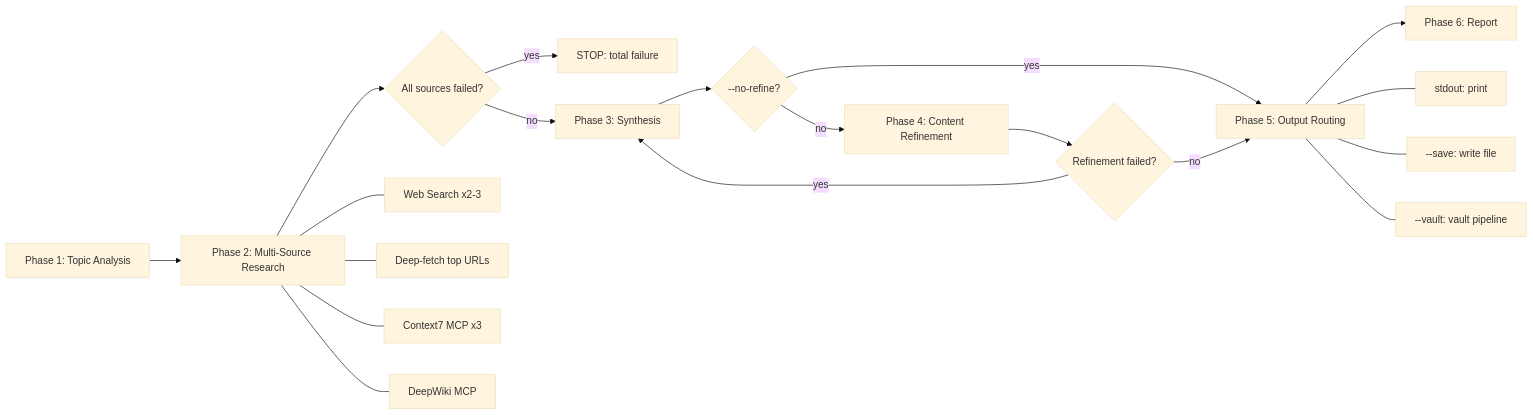
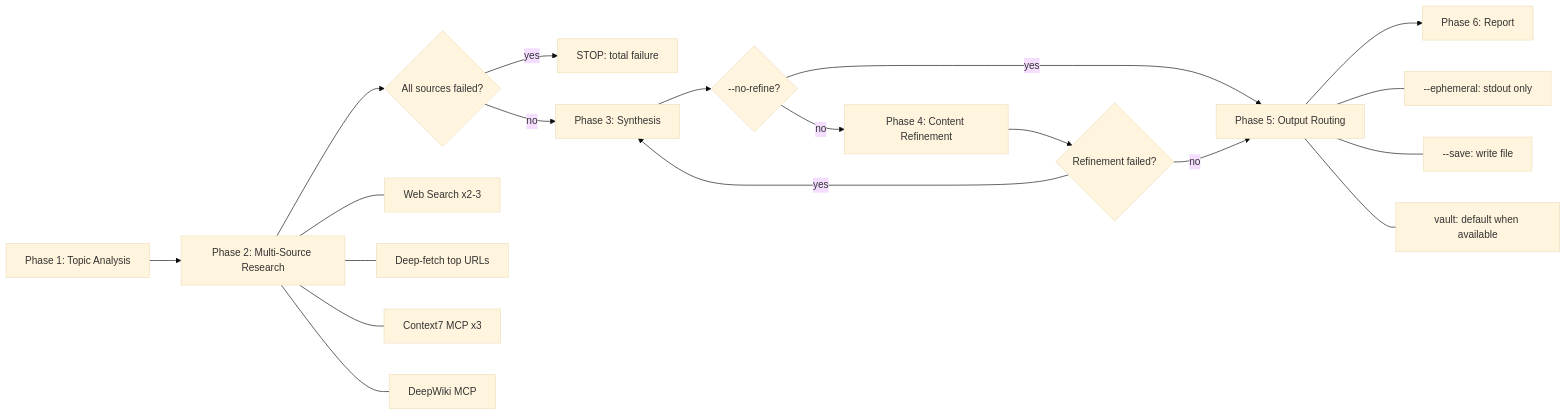
The diagram in skills/deep-research/SKILL.md (karlorz/agent-skills), drawn with Mermaid (base theme) before and after one commit. The commit also changed other lines of this file, not shown here.

First line of the commit message:
feat(deep-research): vault-first output, verification methods, ephemeral flag

````diff
--- a/skills/deep-research/SKILL.md
+++ b/skills/deep-research/SKILL.md
@@ -12,23 +12,23 @@
 ```mermaid
 flowchart LR
     A[Phase 1: Topic Analysis] --> B[Phase 2: Multi-Source Research]
     B --> C{All sources failed?}
     C -- yes --> STOP[STOP: total failure]
     C -- no --> D[Phase 3: Synthesis]
     D --> E{--no-refine?}
     E -- yes --> F[Phase 5: Output Routing]
     E -- no --> G[Phase 4: Content Refinement]
     G --> FAIL{Refinement failed?}
     FAIL -- yes --> D
     FAIL -- no --> F
     F --> H[Phase 6: Report]
 
     B --- B1[Web Search x2-3]
     B --- B2[Deep-fetch top URLs]
     B --- B3[Context7 MCP x3]
     B --- B4[DeepWiki MCP]
 
-    F --- F1[stdout: print]
+    F --- F1[--ephemeral: stdout only]
     F --- F2[--save: write file]
-    F --- F3[--vault: vault pipeline]
+    F --- F3[vault: default when available]
 ```
````
